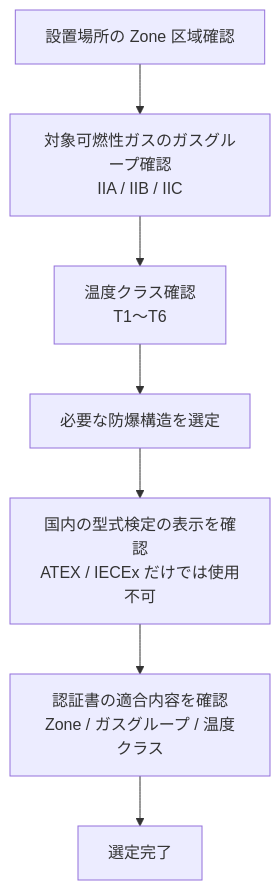
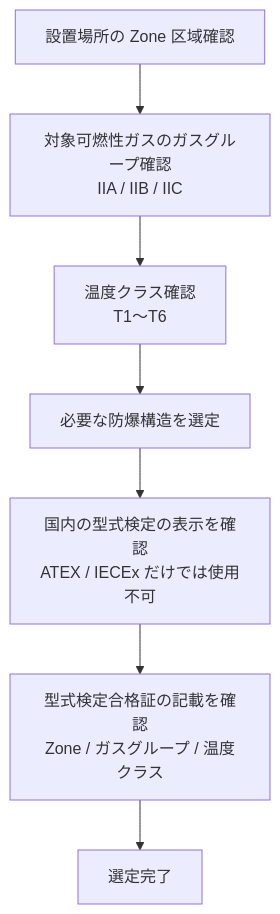
Before and after one commit to kfurufuru/ei-wiki: the diagram in docs/03-keiso/explosion-proof.md, drawn with Mermaid. The commit also changed 5 other files, not shown here.

````diff
--- a/docs/03-keiso/explosion-proof.md
+++ b/docs/03-keiso/explosion-proof.md
@@ -200,9 +200,9 @@
 ```mermaid
 flowchart TD
     A[設置場所の Zone 区域確認] --> B[対象可燃性ガスのガスグループ確認\nIIA / IIB / IIC]
     B --> C[温度クラス確認\nT1〜T6]
     C --> D[必要な防爆構造を選定]
     D --> E[国内の型式検定の表示を確認\nATEX / IECEx だけでは使用不可]
-    E --> F[認証書の適合内容を確認\nZone / ガスグループ / 温度クラス]
+    E --> F[型式検定合格証の記載を確認\nZone / ガスグループ / 温度クラス]
     F --> G[選定完了]
 ```
````
